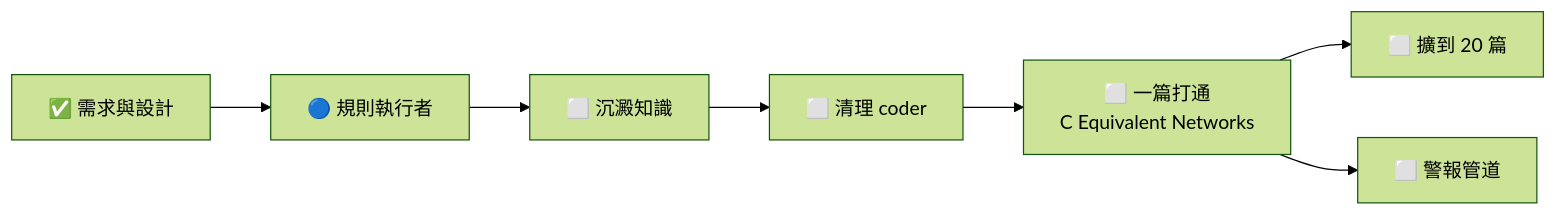
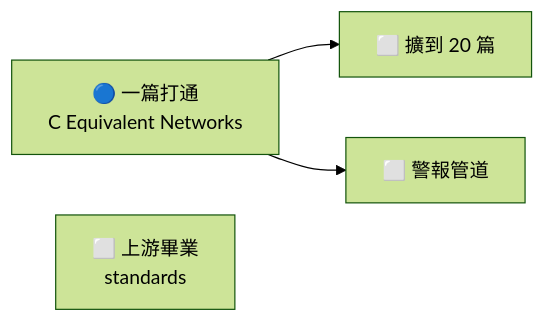
One commit to neknufelet/lightrag changed the diagram in docs/NEXT.md. Above: the diagram before and after it, drawn with Mermaid (forest theme). The commit also changed other lines of this file and 1 other file, not shown here.

````diff
--- a/docs/NEXT.md
+++ b/docs/NEXT.md
@@ -31,9 +33,6 @@
 ```mermaid
 flowchart LR
-  D["✅ 需求與設計"] --> G["🔵 規則執行者"]
-  G --> K["⬜ 沉澱知識"]
-  K --> C["⬜ 清理 coder"]
-  C --> P["⬜ 一篇打通<br/>C Equivalent Networks"]
-  P --> S["⬜ 擴到 20 篇"]
+  P["🔵 一篇打通<br/>C Equivalent Networks"] --> S["⬜ 擴到 20 篇"]
   P --> A["⬜ 警報管道"]
+  U["⬜ 上游畢業<br/>standards"]
 ```
````
